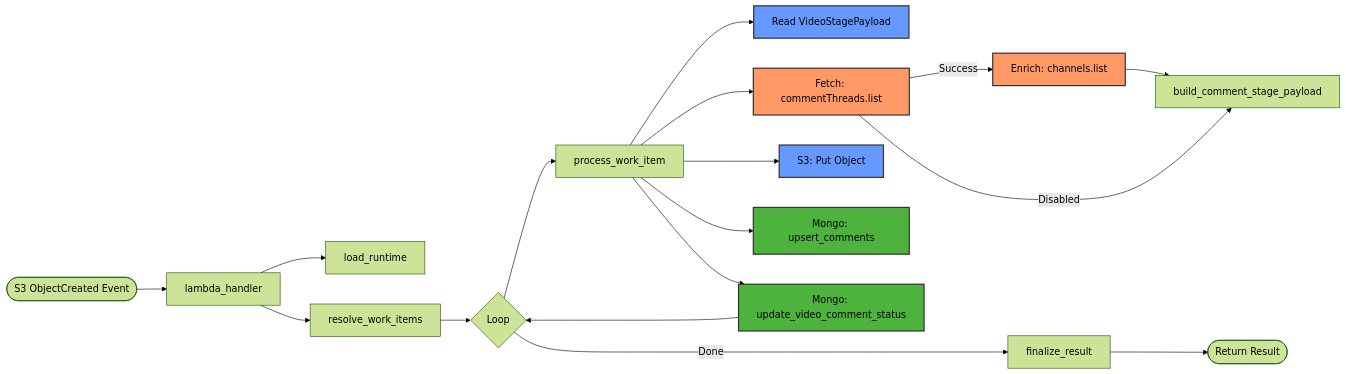
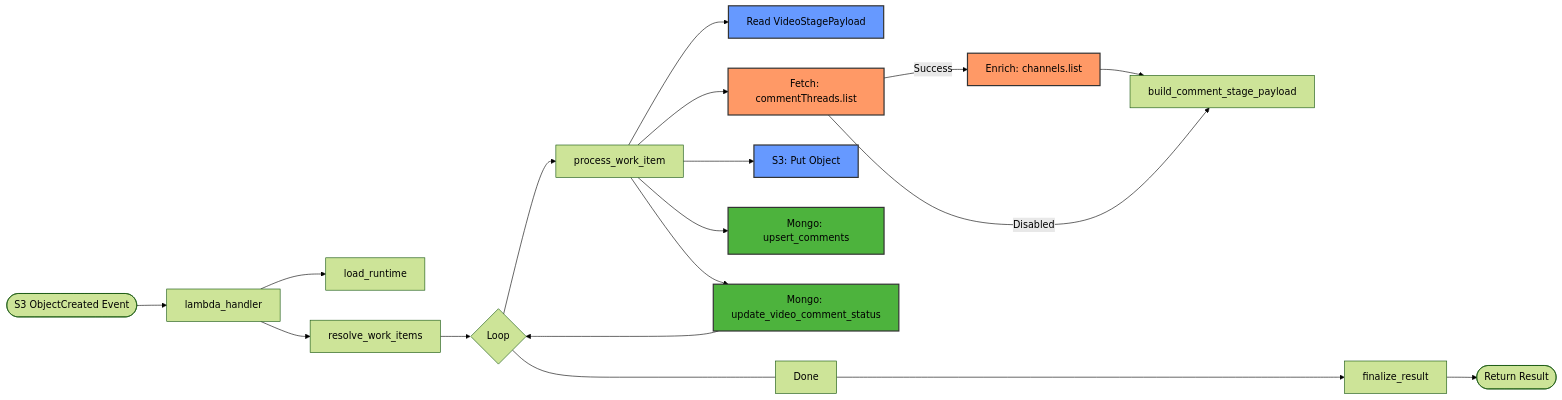
The first of 3 diagrams in comment_lambda/README.md (kaushalkrishna2000/youtube-bot-analytics), drawn with Mermaid (forest theme) before and after one commit. The commit also changed other lines of this file and 3 other files, not shown here.

Commit message:
Standardize flowchart notation in README files across all Lambda components.

````diff
--- a/comment_lambda/README.md
+++ b/comment_lambda/README.md
@@ -7,25 +7,25 @@
 ```mermaid
 graph LR
     Start([S3 ObjectCreated Event]) --> LH[lambda_handler]
     LH --> LR[load_runtime]
     LH --> RWI[resolve_work_items]
     RWI --> Loop{Loop}
     Loop --> PWI[process_work_item]
     PWI --> RS3[Read VideoStagePayload]:::s3
     PWI --> YT[Fetch: commentThreads.list]:::youtube
     YT -- Success --> AE[Enrich: channels.list]:::youtube
     AE --> BCSP[build_comment_stage_payload]
     YT -- Disabled --> BCSP
     PWI --> WS3[S3: Put Object]:::s3
     PWI --> MW1[Mongo: upsert_comments]:::mongodb
     PWI --> MW2[Mongo: update_video_comment_status]:::mongodb
     MW2 --> Loop
     
     %% Termination path at the bottom
-    Loop -- Done ----> FR[finalize_result]
+    Loop ---- Done ----> FR[finalize_result]
     FR --> End([Return Result])
 
     classDef youtube fill:#f96,stroke:#333,stroke-width:2px;
     classDef s3 fill:#69f,stroke:#333,stroke-width:2px;
     classDef mongodb fill:#4db33d,stroke:#333,stroke-width:2px;
 ```
````
